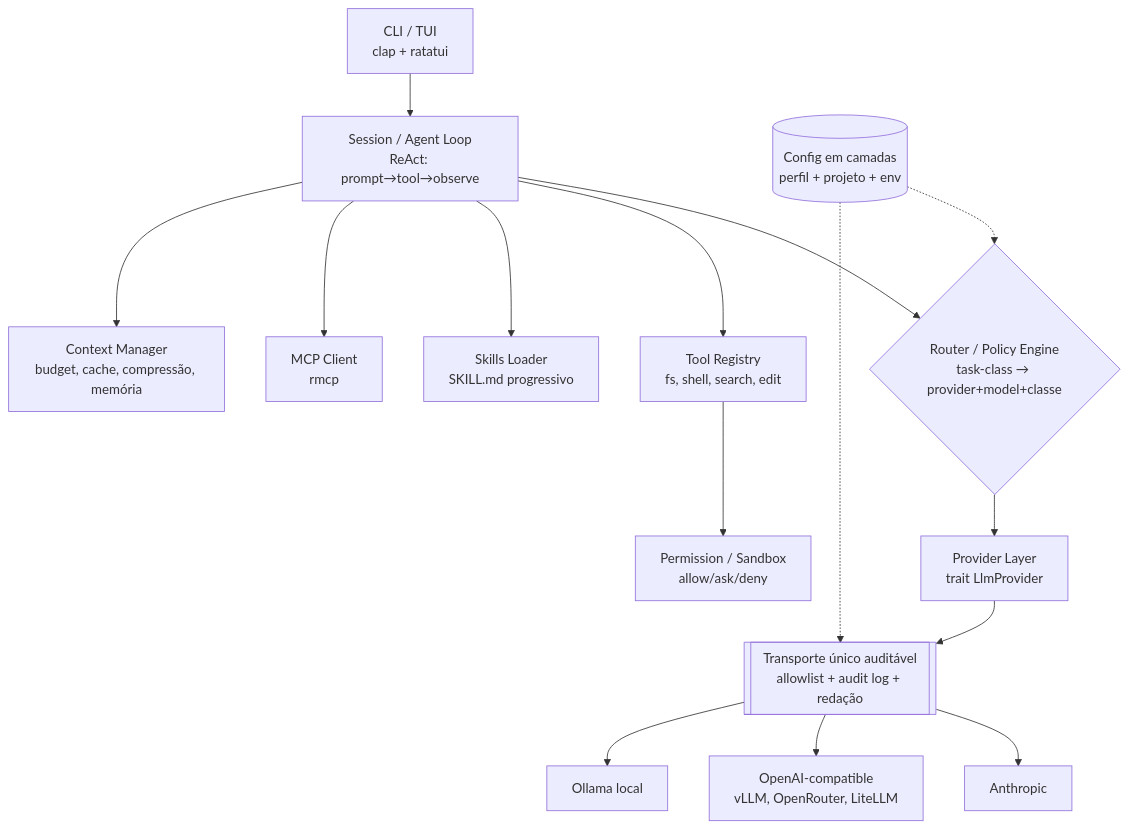
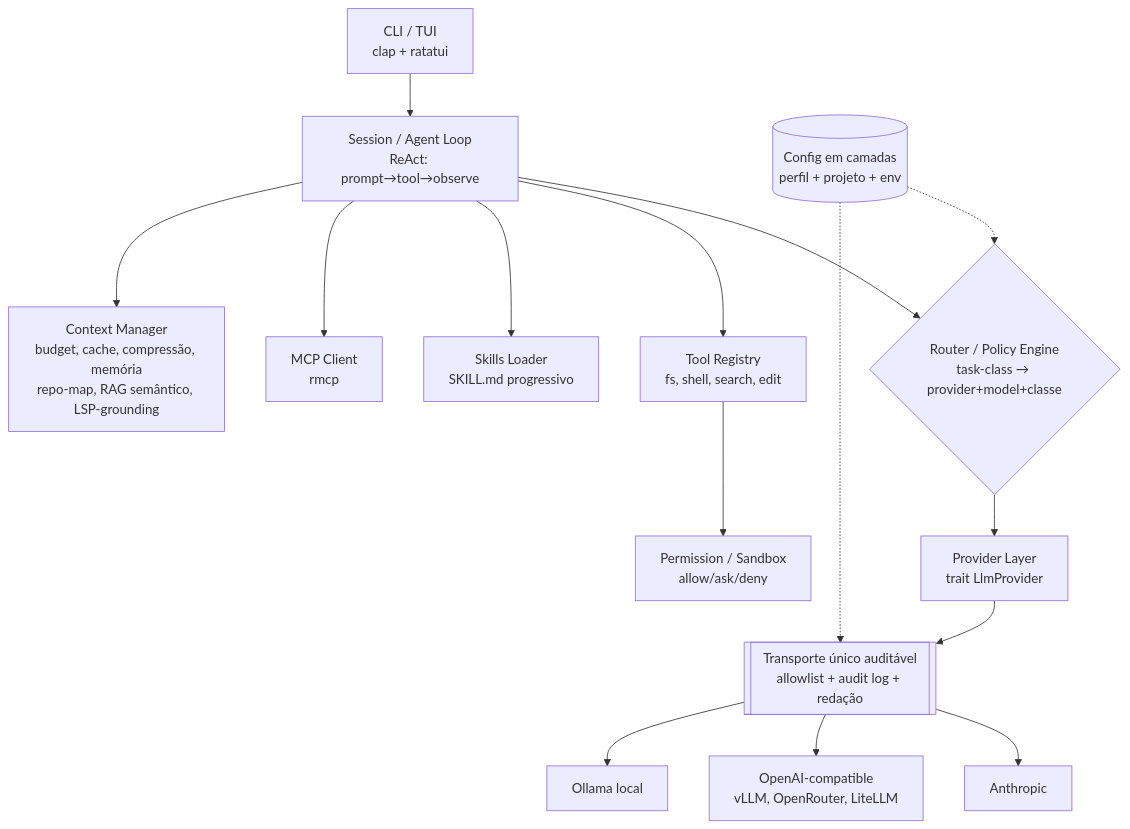
One commit to psiagoleal/agentry changed the first of 2 diagrams in docs/architecture.md. Above: the diagram before and after it, drawn with Mermaid. The commit also changed other lines of this file and 7 other files, not shown here.

````diff
--- a/docs/architecture.md
+++ b/docs/architecture.md
@@ -16,17 +18,17 @@
 ```mermaid
 flowchart TB
     CLI[CLI / TUI<br/>clap + ratatui] --> Session[Session / Agent Loop<br/>ReAct: prompt→tool→observe]
     Session --> Router{Router / Policy Engine<br/>task-class → provider+model+classe}
     Router --> Providers[Provider Layer<br/>trait LlmProvider]
     Providers --> Transport[[Transporte único auditável<br/>allowlist + audit log + redação]]
     Transport --> Anthropic[Anthropic]
     Transport --> OpenAICompat[OpenAI-compatible<br/>vLLM, OpenRouter, LiteLLM]
     Transport --> Ollama[Ollama local]
     Session --> Tools[Tool Registry<br/>fs, shell, search, edit]
     Session --> Skills[Skills Loader<br/>SKILL.md progressivo]
     Session --> MCP[MCP Client<br/>rmcp]
     Tools --> Perm[Permission / Sandbox<br/>allow/ask/deny]
-    Session --> Ctx[Context Manager<br/>budget, cache, compressão, memória]
+    Session --> Ctx[Context Manager<br/>budget, cache, compressão, memória<br/>repo-map, RAG semântico, LSP-grounding]
     Config[(Config em camadas<br/>perfil + projeto + env)] -.-> Router
     Config -.-> Transport
 ```
````
